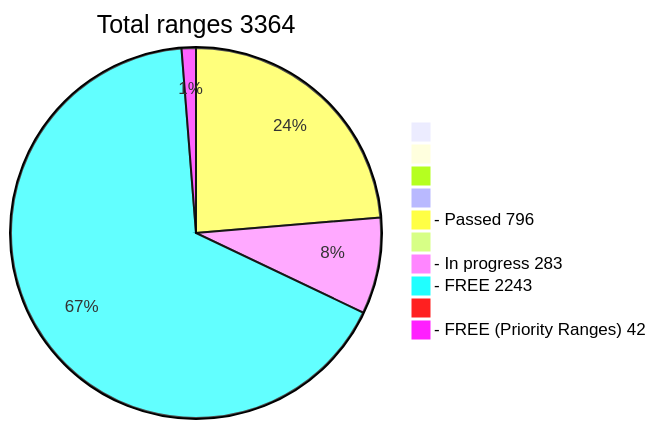
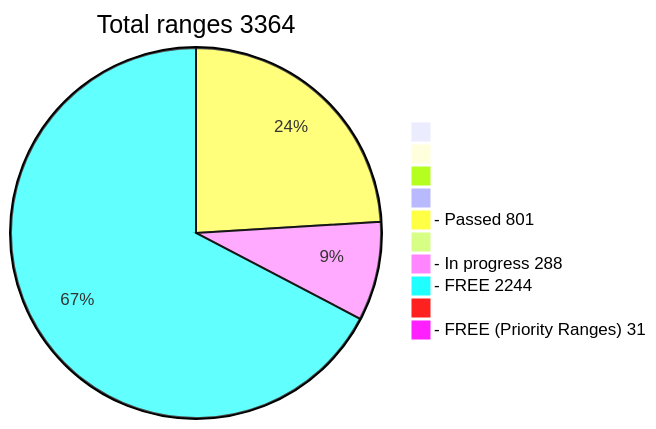
One commit to phrutis/wif500 changed the diagram in README.md. Above: the diagram before and after it, drawn with Mermaid.

````diff
--- a/README.md
+++ b/README.md
@@ -16,13 +16,13 @@
 ```mermaid
 pie title Total ranges 3364
              " " : 0
             "  " : 0
            "   " : 0
           "    " : 0
-  "- Passed 796" : 796
+  "- Passed 801" : 801
          "     " : 0
-  "- In progress 283" : 283
-   "- FREE 2243" : 2243
+  "- In progress 288" : 288
+   "- FREE 2244" : 2244
         "      " : 0
-  "- FREE (Priority Ranges) 42" : 42
+  "- FREE (Priority Ranges) 31" : 31
 ```
````
